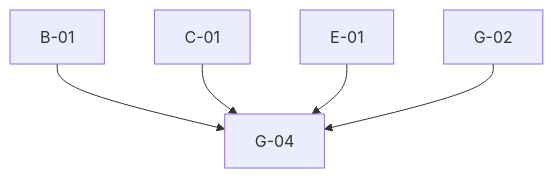
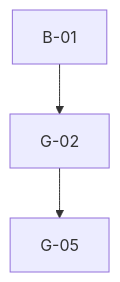
The diagram in output/analysis/watchlist/be-04-stories.md (SarithaMathai/migration), drawn with Mermaid before and after one commit. The commit also changed other lines of this file and 152 other files, not shown here.

````diff
--- a/output/analysis/watchlist/be-04-stories.md
+++ b/output/analysis/watchlist/be-04-stories.md
@@ -24,4 +24,4 @@
 ```mermaid
 graph TD
-  B01["B-01"] & C01["C-01"] & E01["E-01"] & G02["G-02"] --> G04["G-04"]
+  B01["B-01"] --> G02["G-02"] --> G05["G-05"]
 ```
````
